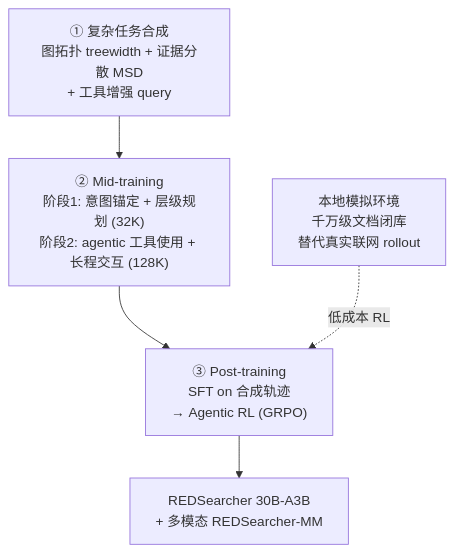
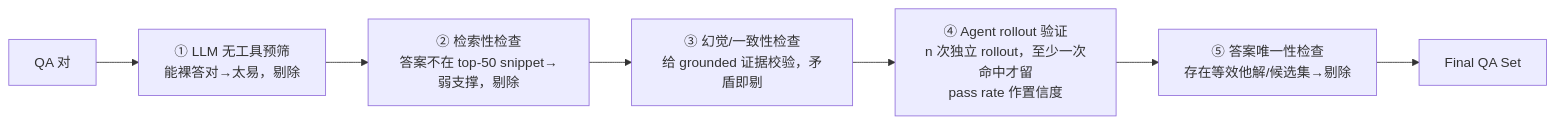
One commit to zhoujx4/llm-atlas changed the diagram in docs/agent/deep-research/redsearcher.md. Above: the diagram before and after it, drawn with Mermaid. The commit also changed other lines of this file and 156 other files, not shown here.

First line of the commit message:
docs: 论文页按规范批量重排+配图，新增 Harness 工程演进四页

````diff
--- a/docs/agent/deep-research/redsearcher.md
+++ b/docs/agent/deep-research/redsearcher.md
@@ -22,7 +109,9 @@
 ```mermaid
-flowchart TD
-    A["① 复杂任务合成<br/>图拓扑 treewidth + 证据分散 MSD<br/>+ 工具增强 query"] --> B["② Mid-training<br/>阶段1: 意图锚定 + 层级规划 (32K)<br/>阶段2: agentic 工具使用 + 长程交互 (128K)"]
-    B --> C["③ Post-training<br/>SFT on 合成轨迹<br/>→ Agentic RL (GRPO)"]
-    C --> D["REDSearcher 30B-A3B<br/>+ 多模态 REDSearcher-MM"]
-    SIM["本地模拟环境<br/>千万级文档闭库<br/>替代真实联网 rollout"] -.低成本 RL.-> C
+flowchart LR
+    QA["QA 对"] --> S1["① LLM 无工具预筛<br/>能裸答对→太易，剔除"]
+    S1 --> S2["② 检索性检查<br/>答案不在 top-50 snippet→弱支撑，剔除"]
+    S2 --> S3["③ 幻觉/一致性检查<br/>给 grounded 证据校验，矛盾即剔"]
+    S3 --> S4["④ Agent rollout 验证<br/>n 次独立 rollout，至少一次命中才留<br/>pass rate 作置信度"]
+    S4 --> S5["⑤ 答案唯一性检查<br/>存在等效他解/候选集→剔除"]
+    S5 --> Final["Final QA Set"]
 ```
````
